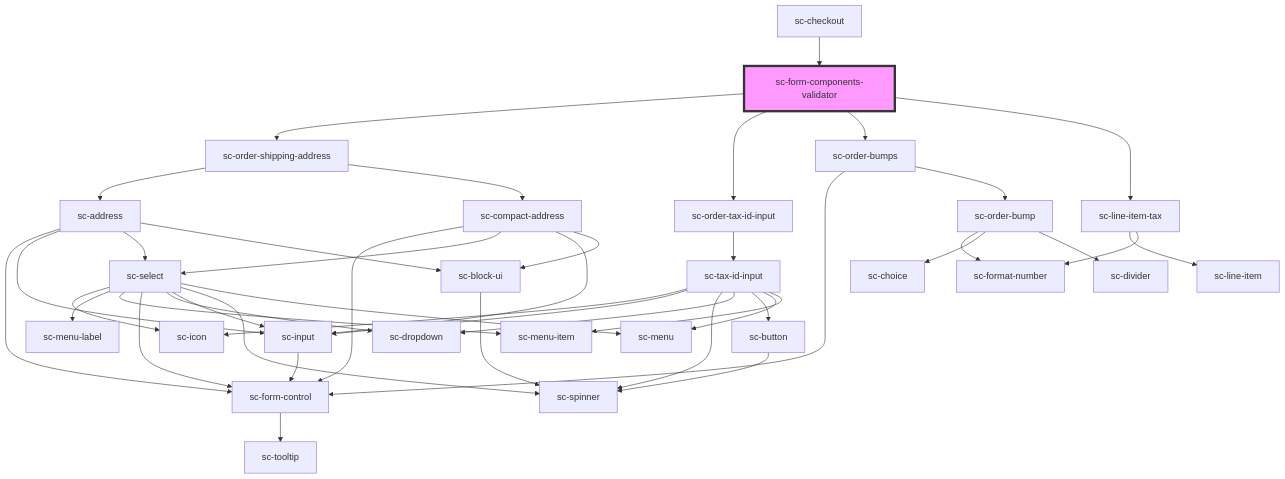
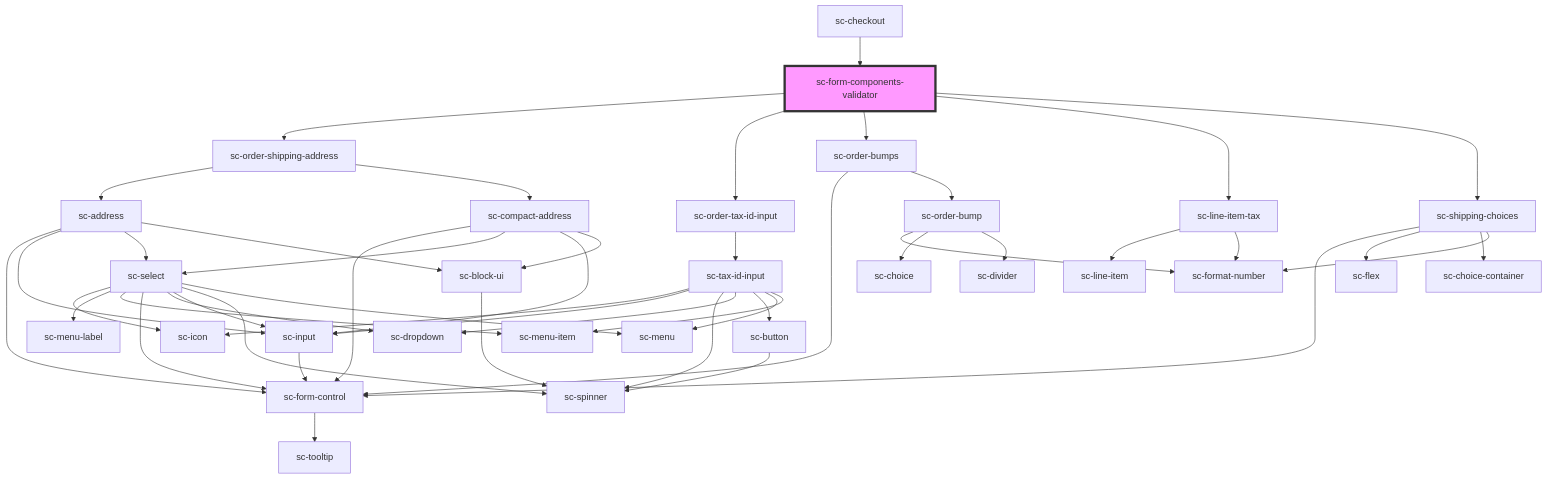
The diagram in packages/components/src/components/providers/form-components-validator/readme.md (surecart/surecart-wp-plugin), drawn with Mermaid before and after one commit. The commit also changed other lines of this file and 12 other files, not shown here.

Commit message:
Add the ability to edit the shipping choices in the admin edit panel

````diff
--- a/packages/components/src/components/providers/form-components-validator/readme.md
+++ b/packages/components/src/components/providers/form-components-validator/readme.md
@@ -31,46 +32,51 @@
 ```mermaid
 graph TD;
   sc-form-components-validator --> sc-order-shipping-address
   sc-form-components-validator --> sc-order-tax-id-input
   sc-form-components-validator --> sc-order-bumps
   sc-form-components-validator --> sc-line-item-tax
+  sc-form-components-validator --> sc-shipping-choices
   sc-order-shipping-address --> sc-address
   sc-order-shipping-address --> sc-compact-address
   sc-address --> sc-form-control
   sc-address --> sc-input
   sc-address --> sc-select
   sc-address --> sc-block-ui
   sc-form-control --> sc-tooltip
   sc-input --> sc-form-control
   sc-select --> sc-icon
   sc-select --> sc-menu-label
   sc-select --> sc-menu-item
   sc-select --> sc-form-control
   sc-select --> sc-dropdown
   sc-select --> sc-input
   sc-select --> sc-spinner
   sc-select --> sc-menu
   sc-block-ui --> sc-spinner
   sc-compact-address --> sc-form-control
   sc-compact-address --> sc-select
   sc-compact-address --> sc-input
   sc-compact-address --> sc-block-ui
   sc-order-tax-id-input --> sc-tax-id-input
   sc-tax-id-input --> sc-icon
   sc-tax-id-input --> sc-input
   sc-tax-id-input --> sc-spinner
   sc-tax-id-input --> sc-dropdown
   sc-tax-id-input --> sc-button
   sc-tax-id-input --> sc-menu
   sc-tax-id-input --> sc-menu-item
   sc-button --> sc-spinner
   sc-order-bumps --> sc-form-control
   sc-order-bumps --> sc-order-bump
   sc-order-bump --> sc-format-number
   sc-order-bump --> sc-choice
   sc-order-bump --> sc-divider
   sc-line-item-tax --> sc-line-item
   sc-line-item-tax --> sc-format-number
+  sc-shipping-choices --> sc-form-control
+  sc-shipping-choices --> sc-flex
+  sc-shipping-choices --> sc-choice-container
+  sc-shipping-choices --> sc-format-number
   sc-checkout --> sc-form-components-validator
   style sc-form-components-validator fill:#f9f,stroke:#333,stroke-width:4px
 ```
````
